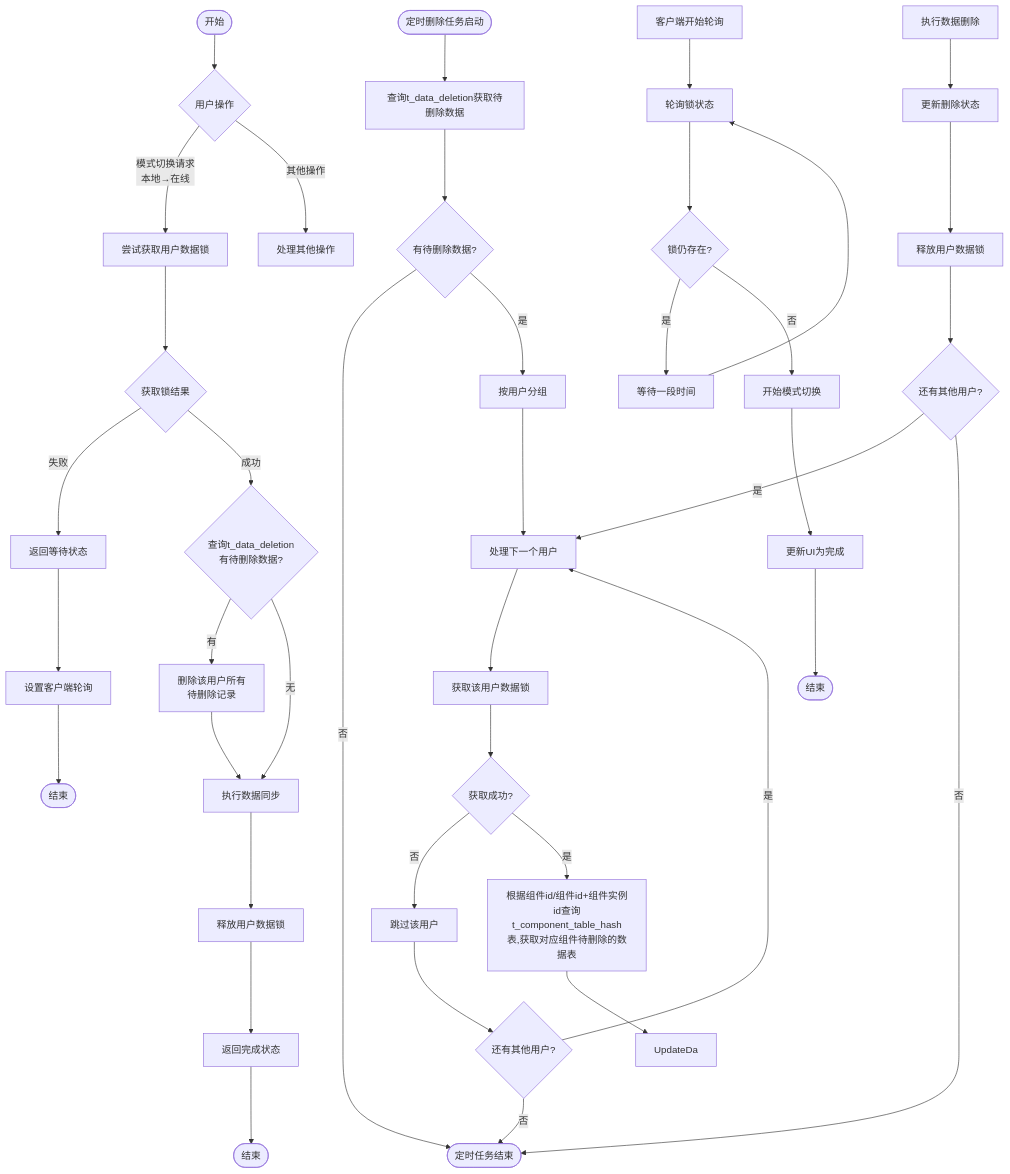
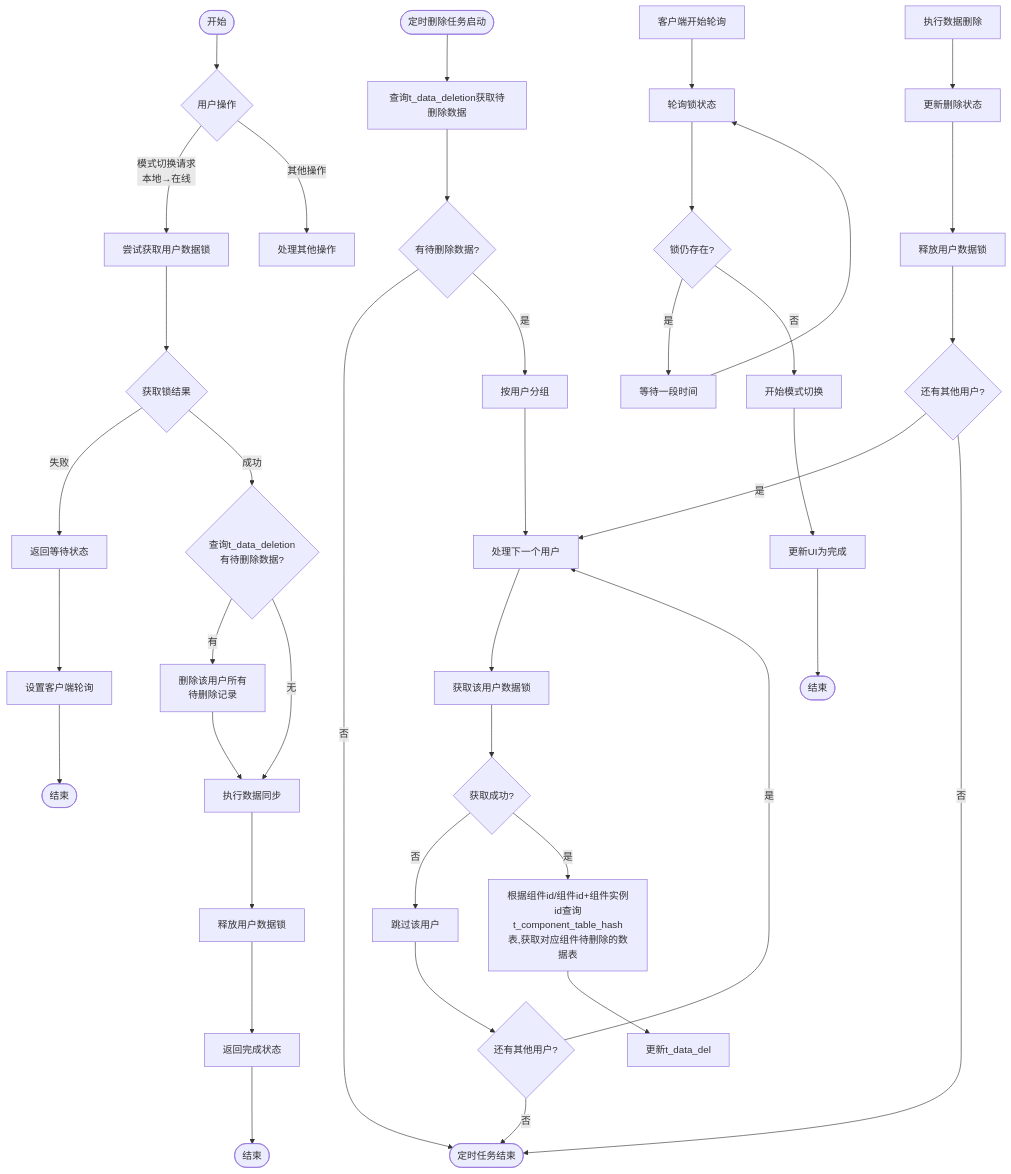
One commit to yingjianzh/iodraw-files changed the diagram in all/未命名-57.md. Above: the diagram before and after it, drawn with Mermaid.

Commit message:
2025-05-12 11:22:39 update

````diff
--- a/all/未命名-57.md
+++ b/all/未命名-57.md
@@ -1,62 +1,62 @@
 ```mermaid
 flowchart TD
     %% 主要分支
     Start([开始]) --> UserAction{用户操作}
     UserAction -->|模式切换请求\n本地→在线| TryLock[尝试获取用户数据锁]
     UserAction -->|其他操作| OtherOps[处理其他操作]
     
     %% 定时删除任务分支
     ScheduledTask([定时删除任务启动]) --> QueryDeletions[查询t_data_deletion获取待删除数据]
     QueryDeletions --> HasTasks{有待删除数据?}
     HasTasks -->|否| TaskEnd([定时任务结束])
     HasTasks -->|是| GroupByUser[按用户分组]
     
     %% 处理用户数据删除
     GroupByUser --> ProcessNextUser[处理下一个用户]
     ProcessNextUser --> AcquireLock[获取该用户数据锁]
     AcquireLock --> LockSuccess{获取成功?}
     
     LockSuccess -->|否| SkipUser[跳过该用户]
     SkipUser --> MoreUsers1{还有其他用户?}
     MoreUsers1 -->|是| ProcessNextUser
     MoreUsers1 -->|否| TaskEnd
     
     LockSuccess -->|是| GetData[根据组件id/组件id+组件实例id查询t_component_table_hash表,获取对应组件待删除的数据表]
     
-    GetData --> UpdateDa
+    GetData --> UpdateData[更新t_data_del]
     DeleteData[执行数据删除]
     DeleteData --> UpdateStatus[更新删除状态]
     UpdateStatus --> ReleaseLock[释放用户数据锁]
     ReleaseLock --> MoreUsers2{还有其他用户?}
     MoreUsers2 -->|是| ProcessNextUser
     MoreUsers2 -->|否| TaskEnd
     
     %% 模式切换流程
     TryLock --> LockResult{获取锁结果}
     
     LockResult -->|失败| ReturnWaiting[返回等待状态]
     ReturnWaiting --> SetupPolling[设置客户端轮询]
     SetupPolling --> End1([结束])
     
     LockResult -->|成功| CheckPendingDeletion{查询t_data_deletion\n有待删除数据?}
     
     CheckPendingDeletion -->|有| RemoveDeletionRecords[删除该用户所有\n待删除记录]
     RemoveDeletionRecords --> PerformSync[执行数据同步]
     
     CheckPendingDeletion -->|无| PerformSync
     
     PerformSync --> ReleaseSwitchLock[释放用户数据锁]
     ReleaseSwitchLock --> ReturnComplete[返回完成状态]
     ReturnComplete --> End2([结束])
     
     %% 客户端轮询
     ClientPolling[客户端开始轮询] --> PollLockStatus[轮询锁状态]
     PollLockStatus --> StillLocked{锁仍存在?}
     
     StillLocked -->|是| WaitInterval[等待一段时间]
     WaitInterval --> PollLockStatus
     
     StillLocked -->|否| StartSwitch[开始模式切换]
     StartSwitch --> CompleteUI[更新UI为完成]
     CompleteUI --> End3([结束])
 ```
````
